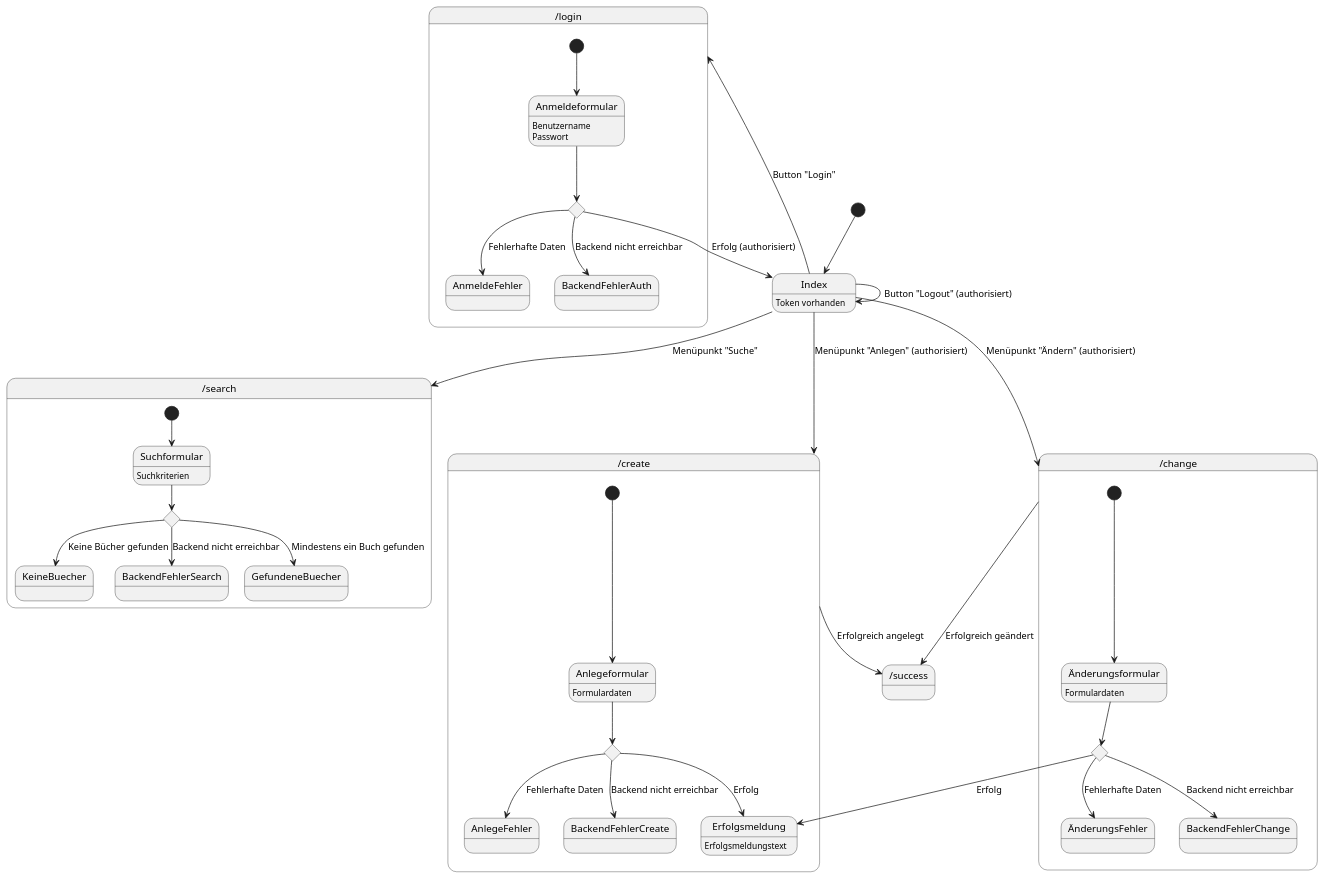
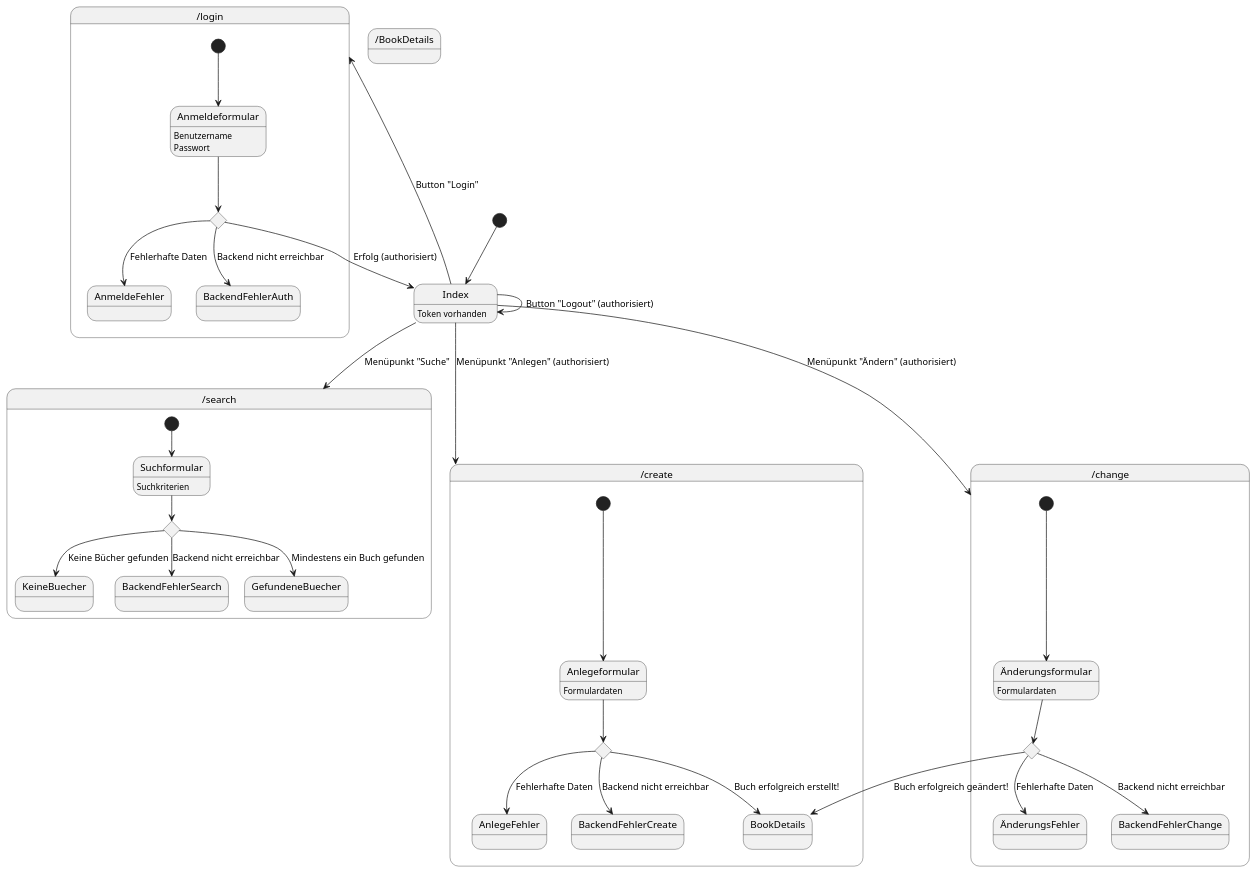
The diagram in extras/entwicklerhandbuch/zustandsdiagramm.plantuml (GAFMONKEY/buch-frontend), drawn with PlantUML before and after one commit. The commit also changed 2 other files, not shown here.

Commit message:
fix: zustandsdiagramm & alert beim Neuanlegen

```diff
--- a/extras/entwicklerhandbuch/zustandsdiagramm.plantuml
+++ b/extras/entwicklerhandbuch/zustandsdiagramm.plantuml
@@ -1,62 +1,59 @@
 @startuml zustandsdiagramm
 [*] --> Index
 Index: Token vorhanden
 
 state "/login" as auth {
     Anmeldeformular: Benutzername
     Anmeldeformular: Passwort
     state Anmeldergebnis <<choice>>
 
     [*] --> Anmeldeformular
     Anmeldeformular --> Anmeldergebnis
     Anmeldergebnis --> AnmeldeFehler: Fehlerhafte Daten
     Anmeldergebnis --> BackendFehlerAuth: Backend nicht erreichbar
     Anmeldergebnis --> Index: Erfolg (authorisiert)
 }
 
 state "/create" as create {
     Anlegeformular: Formulardaten
     state Anlegeergebnis <<choice>>
 
     [*] --> Anlegeformular
     Anlegeformular --> Anlegeergebnis
     Anlegeergebnis --> AnlegeFehler: Fehlerhafte Daten
     Anlegeergebnis --> BackendFehlerCreate: Backend nicht erreichbar
-    Anlegeergebnis --> Erfolgsmeldung: Erfolg
+    Anlegeergebnis --> BookDetails: Buch erfolgreich erstellt! 
 }
 
 state "/change" as change {
     Änderungsformular: Formulardaten
     state ÄnderungsErgebnis <<choice>>
 
     [*] --> Änderungsformular
     Änderungsformular --> ÄnderungsErgebnis
     ÄnderungsErgebnis --> ÄnderungsFehler: Fehlerhafte Daten
     ÄnderungsErgebnis --> BackendFehlerChange: Backend nicht erreichbar
-    ÄnderungsErgebnis --> Erfolgsmeldung: Erfolg
+    ÄnderungsErgebnis --> BookDetails: Buch erfolgreich geändert!
 }
 
 state "/search" as search {
     Suchformular: Suchkriterien
     state Suchergebnis <<choice>>
 
     [*] --> Suchformular
     Suchformular --> Suchergebnis
     Suchergebnis --> KeineBuecher: Keine Bücher gefunden
     Suchergebnis --> BackendFehlerSearch: Backend nicht erreichbar
     Suchergebnis --> GefundeneBuecher: Mindestens ein Buch gefunden
 }
 
-state "/success" as success {
-    Erfolgsmeldung: Erfolgsmeldungstext
+state "/BookDetails" as success {
 }
 
 Index --> auth: Button "Login"
 Index --> Index: Button "Logout" (authorisiert)
 Index --> create: Menüpunkt "Anlegen" (authorisiert)
 Index --> change: Menüpunkt "Ändern" (authorisiert)
 Index --> search: Menüpunkt "Suche"
 
-create --> success : Erfolgreich angelegt
-change --> success : Erfolgreich geändert
 @enduml
```
